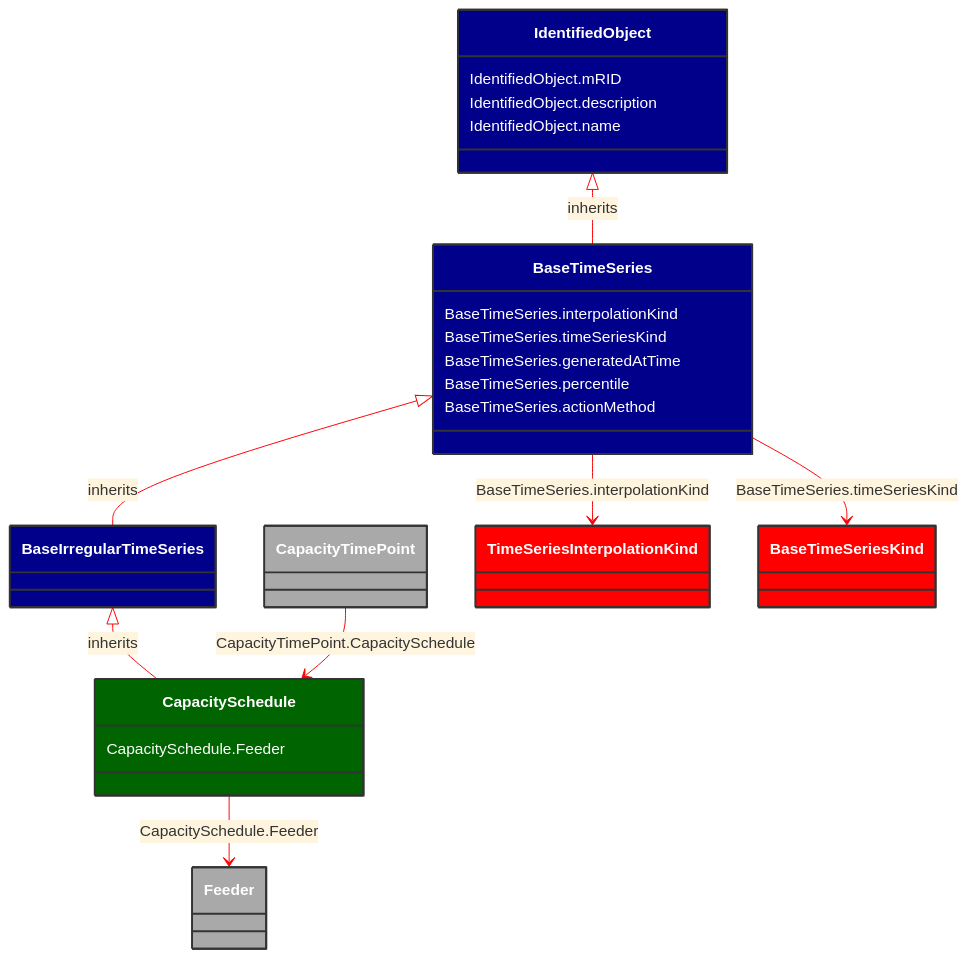
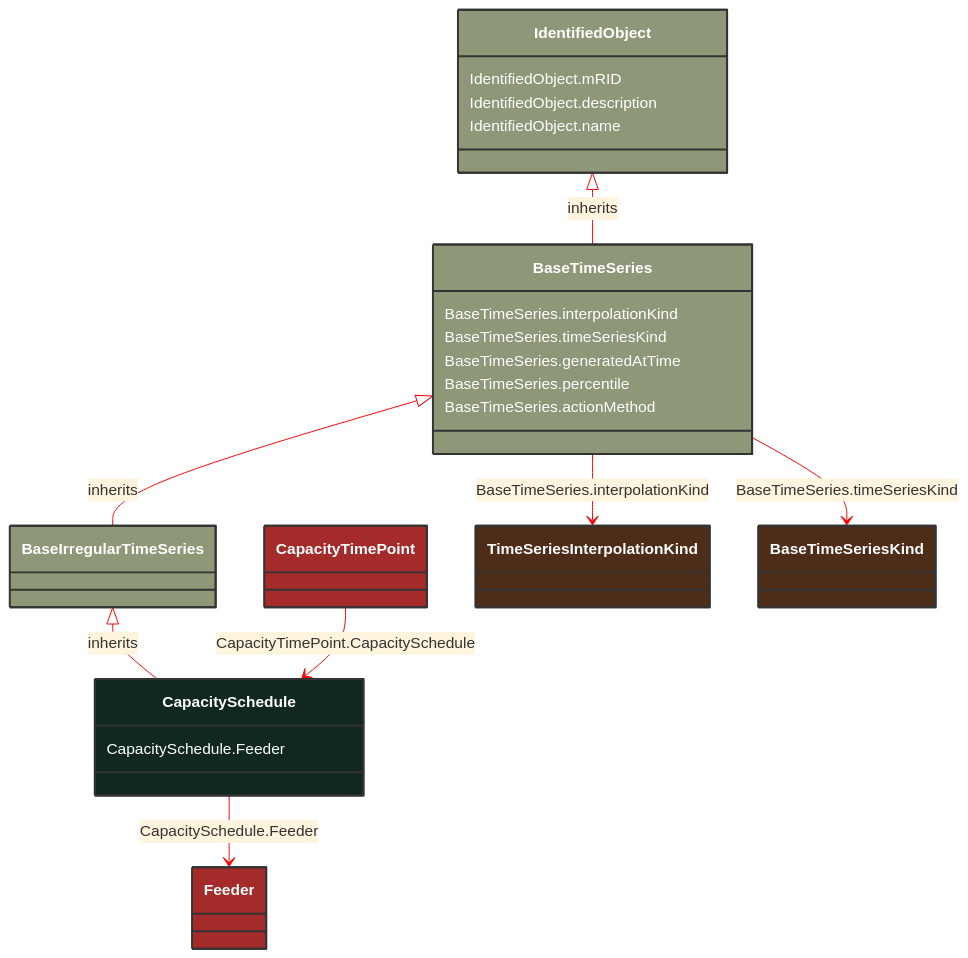
The diagram in docs/Models/Profiles/WattApp/ConcreteClasses/CapacitySchedule.md (3lbits/NoCIMExtensions), drawn with Mermaid before and after one commit. The commit also changed 190 other files, not shown here.

````diff
--- a/docs/Models/Profiles/WattApp/ConcreteClasses/CapacitySchedule.md
+++ b/docs/Models/Profiles/WattApp/ConcreteClasses/CapacitySchedule.md
@@ -8,56 +8,52 @@
 ```mermaid
 %%{init: {'theme':'base','themeVariables': {'lineColor': '#FF0000'}}}%%
 classDiagram
     class CapacitySchedule
     click CapacitySchedule href "/Models/Profiles/WattApp/ConcreteClasses/CapacitySchedule/"
-    style CapacitySchedule fill:#006400,stroke:#333,stroke-width:2px,rx:10,ry:10,color:white
-
+    style CapacitySchedule fill:#102820,stroke:#333,stroke-width:2px,rx:10,ry:10,color:white
+     
         BaseIrregularTimeSeries <|-- CapacitySchedule : inherits
             click BaseIrregularTimeSeries href "/Models/Profiles/WattApp/AbstractClasses/BaseIrregularTimeSeries/"
-            style BaseIrregularTimeSeries fill:#00008B,stroke:#333,stroke-width:2px,rx:10,ry:10,color:white
-
-        CapacitySchedule
-            click CapacitySchedule href "/Models/Profiles/WattApp/ConcreteClasses/CapacitySchedule/"
-            style BaseIrregularTimeSeries fill:#00008B,stroke:#333,stroke-width:2px,rx:10,ry:10,color:white
-
+            style BaseIrregularTimeSeries fill:#8F9779,stroke:#333,stroke-width:2px,rx:10,ry:10,color:white
+     
         BaseTimeSeries <|-- BaseIrregularTimeSeries : inherits
             click BaseTimeSeries href "/Models/Profiles/WattApp/AbstractClasses/BaseTimeSeries/"
-            style BaseTimeSeries fill:#00008B,stroke:#333,stroke-width:2px,rx:10,ry:10,color:white
-
+            style BaseTimeSeries fill:#8F9779,stroke:#333,stroke-width:2px,rx:10,ry:10,color:white
+     
         IdentifiedObject <|-- BaseTimeSeries : inherits
             click IdentifiedObject href "/Models/Profiles/WattApp/AbstractClasses/IdentifiedObject/"
-            style IdentifiedObject fill:#00008B,stroke:#333,stroke-width:2px,rx:10,ry:10,color:white
+            style IdentifiedObject fill:#8F9779,stroke:#333,stroke-width:2px,rx:10,ry:10,color:white
 
         CapacitySchedule --> Feeder : CapacitySchedule.Feeder
 
         Feeder
             click Feeder href "/Models/Profiles/WattApp/ConcreteClasses/Feeder/"
-            style Feeder fill:#A9A9A9,stroke:#333,stroke-width:2px,rx:10,ry:10,color:white
+            style Feeder fill:#A52A2A,stroke:#333,stroke-width:2px,rx:10,ry:10,color:white
 
         CapacityTimePoint --> CapacitySchedule : CapacityTimePoint.CapacitySchedule
 
         CapacityTimePoint
             click CapacityTimePoint href "/Models/Profiles/WattApp/ConcreteClasses/CapacityTimePoint/"
-            style CapacityTimePoint fill:#A9A9A9,stroke:#333,stroke-width:2px,rx:10,ry:10,color:white
+            style CapacityTimePoint fill:#A52A2A,stroke:#333,stroke-width:2px,rx:10,ry:10,color:white
 
         BaseTimeSeries --> TimeSeriesInterpolationKind : BaseTimeSeries.interpolationKind
 
         TimeSeriesInterpolationKind
             click TimeSeriesInterpolationKind href "/Models/Profiles/WattApp/Enumerations/TimeSeriesInterpolationKind/"
-            style TimeSeriesInterpolationKind fill:#FF0000,stroke:#333,stroke-width:2px,rx:10,ry:10,color:white
+            style TimeSeriesInterpolationKind fill:#4D2D18,stroke:#333,stroke-width:2px,rx:10,ry:10,color:white
         BaseTimeSeries --> BaseTimeSeriesKind : BaseTimeSeries.timeSeriesKind
 
         BaseTimeSeriesKind
             click BaseTimeSeriesKind href "/Models/Profiles/WattApp/Enumerations/BaseTimeSeriesKind/"
-            style BaseTimeSeriesKind fill:#FF0000,stroke:#333,stroke-width:2px,rx:10,ry:10,color:white
+            style BaseTimeSeriesKind fill:#4D2D18,stroke:#333,stroke-width:2px,rx:10,ry:10,color:white
 
         CapacitySchedule : CapacitySchedule.Feeder
         BaseTimeSeries : BaseTimeSeries.interpolationKind
         BaseTimeSeries : BaseTimeSeries.timeSeriesKind
         BaseTimeSeries : BaseTimeSeries.generatedAtTime
         BaseTimeSeries : BaseTimeSeries.percentile
         BaseTimeSeries : BaseTimeSeries.actionMethod
         IdentifiedObject : IdentifiedObject.mRID
         IdentifiedObject : IdentifiedObject.description
         IdentifiedObject : IdentifiedObject.name
 ```
````
